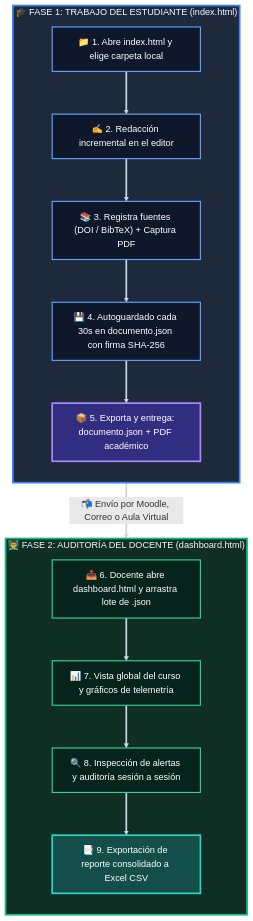
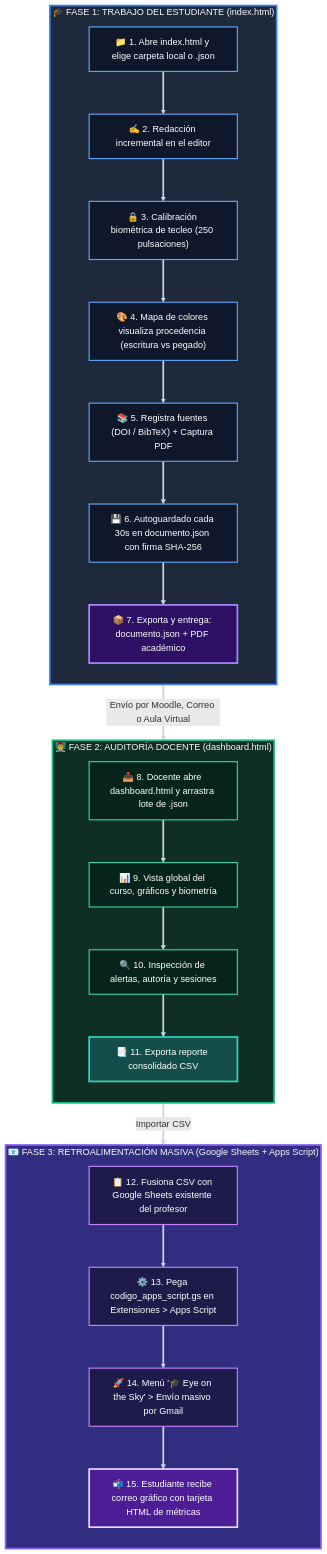
Before and after one commit to RicardoQuiroz/eye-on-the-sky: the first of 2 diagrams in README.md, drawn with Mermaid. The commit also changed other lines of this file and 2 other files, not shown here.

````diff
--- a/README.md
+++ b/README.md
@@ -78,36 +92,54 @@
 ```mermaid
 flowchart TD
     subgraph S1["🎓 FASE 1: TRABAJO DEL ESTUDIANTE (index.html)"]
         direction TB
-        A["📁 1. Abre index.html y elige carpeta local"] --> B["✍️ 2. Redacción incremental en el editor"]
-        B --> C["📚 3. Registra fuentes (DOI / BibTeX) + Captura PDF"]
-        C --> D["💾 4. Autoguardado cada 30s en documento.json con firma SHA-256"]
-        D --> E["📦 5. Exporta y entrega: documento.json + PDF académico"]
+        A["📁 1. Abre index.html y elige carpeta local o .json"] --> B["✍️ 2. Redacción incremental en el editor"]
+        B --> C["🔒 3. Calibración biométrica de tecleo (250 pulsaciones)"]
+        C --> D["🎨 4. Mapa de colores visualiza procedencia (escritura vs pegado)"]
+        D --> E["📚 5. Registra fuentes (DOI / BibTeX) + Captura PDF"]
+        E --> F["💾 6. Autoguardado cada 30s en documento.json con firma SHA-256"]
+        F --> G["📦 7. Exporta y entrega: documento.json + PDF académico"]
     end
 
-    subgraph S2["👨‍🏫 FASE 2: AUDITORÍA DEL DOCENTE (dashboard.html)"]
+    subgraph S2["👨‍🏫 FASE 2: AUDITORÍA DOCENTE (dashboard.html)"]
         direction TB
-        F["📥 6. Docente abre dashboard.html y arrastra lote de .json"] --> G["📊 7. Vista global del curso y gráficos de telemetría"]
-        G --> H["🔍 8. Inspección de alertas y auditoría sesión a sesión"]
-        H --> I["📑 9. Exportación de reporte consolidado a Excel CSV"]
+        H["📥 8. Docente abre dashboard.html y arrastra lote de .json"] --> I["📊 9. Vista global del curso, gráficos y biometría"]
+        I --> J["🔍 10. Inspección de alertas, autoría y sesiones"]
+        J --> K["📑 11. Exporta reporte consolidado CSV"]
     end
 
-    E ==>|"📬 Envío por Moodle, Correo o Aula Virtual"| F
+    subgraph S3["📧 FASE 3: RETROALIMENTACIÓN MASIVA (Google Sheets + Apps Script)"]
+        direction TB
+        L["📋 12. Fusiona CSV con Google Sheets existente del profesor"] --> M["⚙️ 13. Pega codigo_apps_script.gs en Extensiones > Apps Script"]
+        M --> N["🚀 14. Menú '🎓 Eye on the Sky' > Envío masivo por Gmail"]
+        N --> O["📬 15. Estudiante recibe correo gráfico con tarjeta HTML de métricas"]
+    end
 
-    %% Estilos de alto contraste para GitHub (Modo oscuro y claro)
+    G ==>|"Envío por Moodle, Correo o Aula Virtual"| H
+    K ==>|"Importar CSV"| L
+
+    %% Estilos de alto contraste para GitHub
     style S1 fill:#1e293b,stroke:#3b82f6,stroke-width:3px,color:#f8fafc
     style S2 fill:#0f2e24,stroke:#10b981,stroke-width:3px,color:#f8fafc
+    style S3 fill:#312e81,stroke:#8b5cf6,stroke-width:3px,color:#f8fafc
 
     style A fill:#0f172a,stroke:#60a5fa,stroke-width:2px,color:#ffffff
     style B fill:#0f172a,stroke:#60a5fa,stroke-width:2px,color:#ffffff
     style C fill:#0f172a,stroke:#60a5fa,stroke-width:2px,color:#ffffff
     style D fill:#0f172a,stroke:#60a5fa,stroke-width:2px,color:#ffffff
-    style E fill:#312e81,stroke:#a78bfa,stroke-width:3px,color:#ffffff
+    style E fill:#0f172a,stroke:#60a5fa,stroke-width:2px,color:#ffffff
+    style F fill:#0f172a,stroke:#60a5fa,stroke-width:2px,color:#ffffff
+    style G fill:#2e1065,stroke:#a78bfa,stroke-width:3px,color:#ffffff
 
-    style F fill:#06231c,stroke:#34d399,stroke-width:2px,color:#ffffff
-    style G fill:#06231c,stroke:#34d399,stroke-width:2px,color:#ffffff
     style H fill:#06231c,stroke:#34d399,stroke-width:2px,color:#ffffff
-    style I fill:#134e4a,stroke:#2dd4bf,stroke-width:3px,color:#ffffff
+    style I fill:#06231c,stroke:#34d399,stroke-width:2px,color:#ffffff
+    style J fill:#06231c,stroke:#34d399,stroke-width:2px,color:#ffffff
+    style K fill:#134e4a,stroke:#2dd4bf,stroke-width:3px,color:#ffffff
+
+    style L fill:#1e1b4b,stroke:#c084fc,stroke-width:2px,color:#ffffff
+    style M fill:#1e1b4b,stroke:#c084fc,stroke-width:2px,color:#ffffff
+    style N fill:#1e1b4b,stroke:#c084fc,stroke-width:2px,color:#ffffff
+    style O fill:#4c1d95,stroke:#e9d5ff,stroke-width:3px,color:#ffffff
 
     linkStyle default stroke:#cbd5e1,stroke-width:3px
 ```
````
